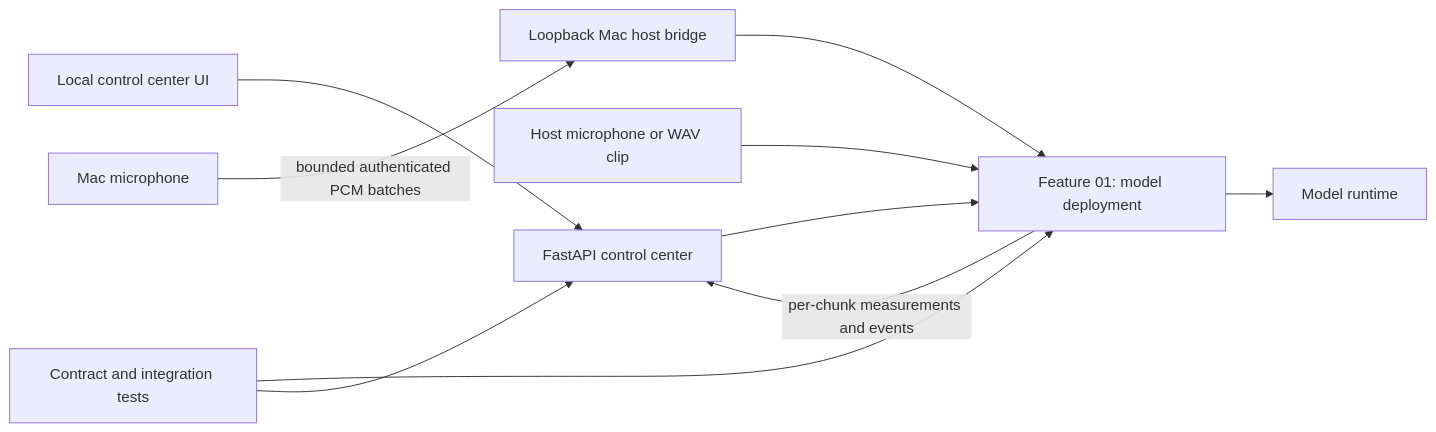
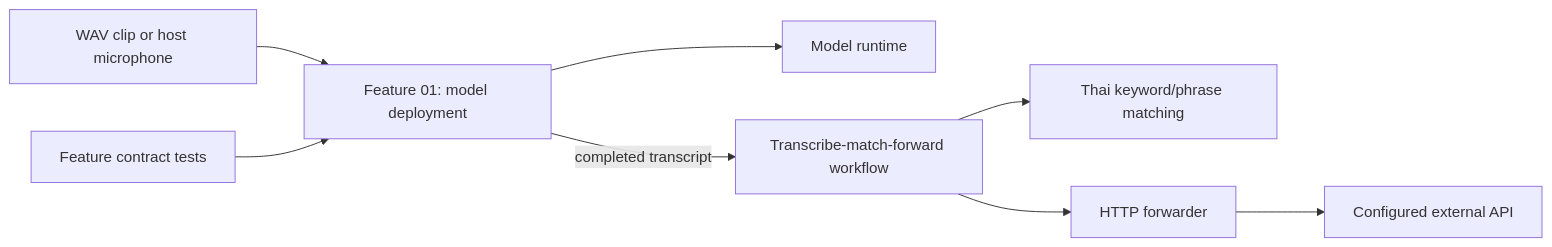
One commit to Faiisu/speech_to_text changed the diagram in docs/architecture.md. Above: the diagram before and after it, drawn with Mermaid. The commit also changed other lines of this file and 49 other files, not shown here.

First line of the commit message:
refactor: remove control center, add workflows

````diff
--- a/docs/architecture.md
+++ b/docs/architecture.md
@@ -7,12 +13,10 @@
 ```mermaid
 flowchart LR
-    Browser[Local control center UI] --> API[FastAPI control center]
-    API --> F01[Feature 01: model deployment]
-    Mic[Host microphone or WAV clip] --> F01[Feature 01: model deployment]
-    MacMic[Mac microphone] -->|bounded authenticated PCM batches| Bridge[Loopback Mac host bridge]
-    Bridge --> F01
+    Input[WAV clip or host microphone] --> F01[Feature 01: model deployment]
     F01 --> Runtime[Model runtime]
-    F01 -->|per-chunk measurements and events| API
-    Tests[Contract and integration tests] --> F01
-    Tests --> API
+    F01 -->|completed transcript| Workflow[Transcribe-match-forward workflow]
+    Workflow --> WordMatching[Thai keyword/phrase matching]
+    Workflow --> Forwarder[HTTP forwarder]
+    Forwarder --> Destination[Configured external API]
+    Tests[Feature contract tests] --> F01
 ```
````
